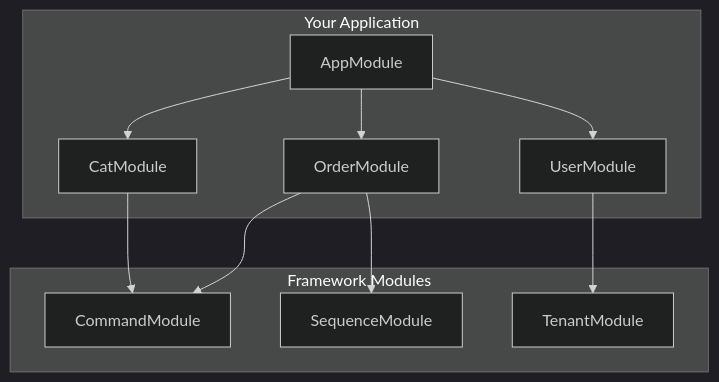
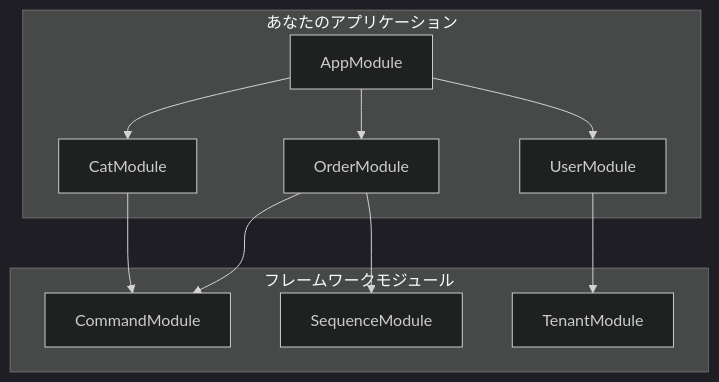
Before and after one commit to mbc-net/mbc-cqrs-serverless-doc: the diagram in i18n/ja/docusaurus-plugin-content-docs/current/modules.md, drawn with Mermaid (dark theme). The commit also changed other lines of this file and 1 other file, not shown here.

First line of the commit message:
docs(i18n): add Japanese translations for modules page

````diff
--- a/i18n/ja/docusaurus-plugin-content-docs/current/modules.md
+++ b/i18n/ja/docusaurus-plugin-content-docs/current/modules.md
@@ -11,20 +11,20 @@
 ```mermaid
 graph TB
-    subgraph "Your Application"
+    subgraph "あなたのアプリケーション"
         A["AppModule"]
         A --> B["CatModule"]
         A --> C["OrderModule"]
         A --> D["UserModule"]
     end
 
-    subgraph "Framework Modules"
+    subgraph "フレームワークモジュール"
         E["CommandModule"]
         F["SequenceModule"]
         G["TenantModule"]
     end
 
     B --> E
     C --> E
     C --> F
     D --> G
 ```
````
